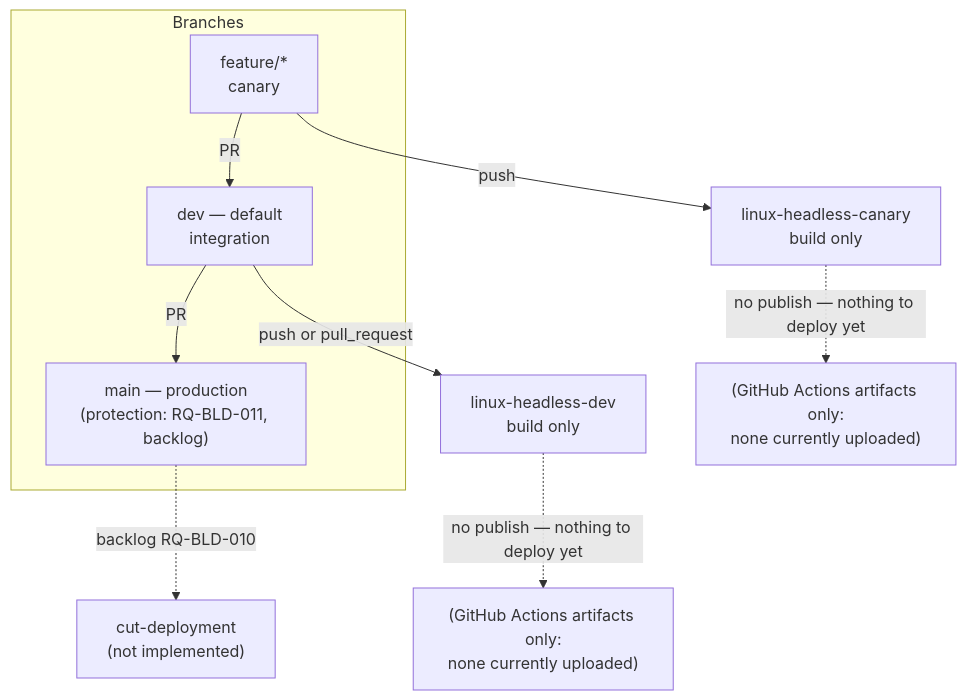
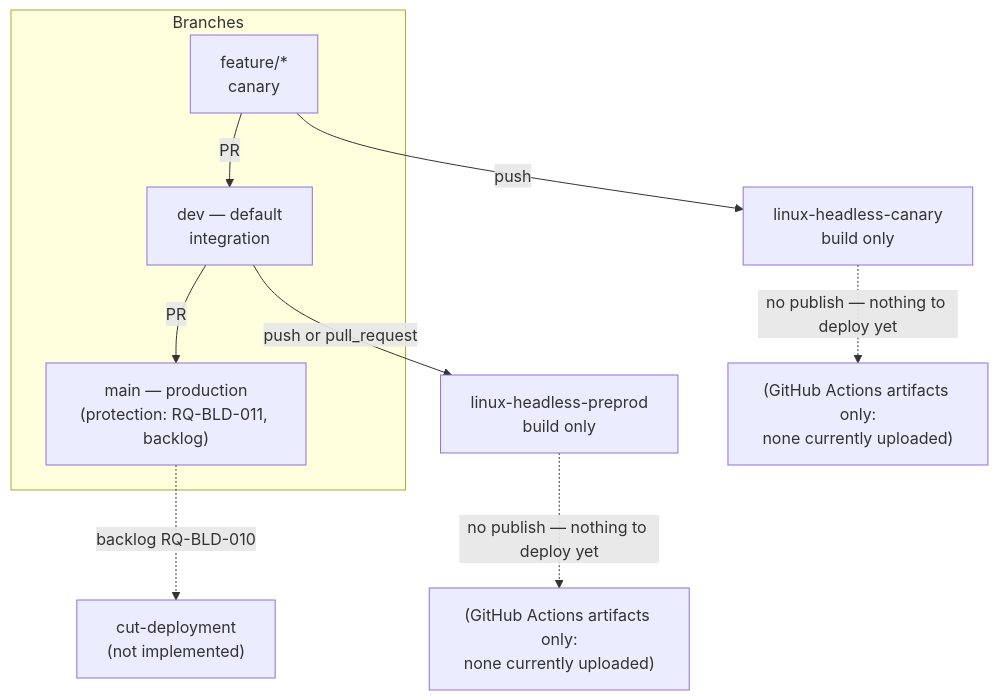
Before and after one commit to xplorer2716/XS56K: the diagram in process/2.architecture/ADR-BLD-002-two-branch-headless-ci.md, drawn with Mermaid. The commit also changed other lines of this file and 20 other files, not shown here.

````diff
--- a/process/2.architecture/ADR-BLD-002-two-branch-headless-ci.md
+++ b/process/2.architecture/ADR-BLD-002-two-branch-headless-ci.md
@@ -95,18 +105,18 @@
 ```mermaid
 flowchart TD
     subgraph branches["Branches"]
         FT["feature/*<br/>canary"]
         DEV["dev — default<br/>integration"]
         MAIN["main — production<br/>(protection: RQ-BLD-011, backlog)"]
         FT -->|"PR"| DEV
         DEV -->|"PR"| MAIN
     end
 
     FT -->|"push"| CANARY["linux-headless-canary<br/>build only"]
-    DEV -->|"push or pull_request"| DEVCI["linux-headless-dev<br/>build only"]
+    DEV -->|"push or pull_request"| DEVCI["linux-headless-preprod<br/>build only"]
 
     CANARY -.->|"no publish — nothing to deploy yet"| NONE1["(GitHub Actions artifacts only:<br/>none currently uploaded)"]
     DEVCI -.->|"no publish — nothing to deploy yet"| NONE2["(GitHub Actions artifacts only:<br/>none currently uploaded)"]
 
     MAIN -.->|"backlog RQ-BLD-010"| CUT["cut-deployment<br/>(not implemented)"]
 ```
````
